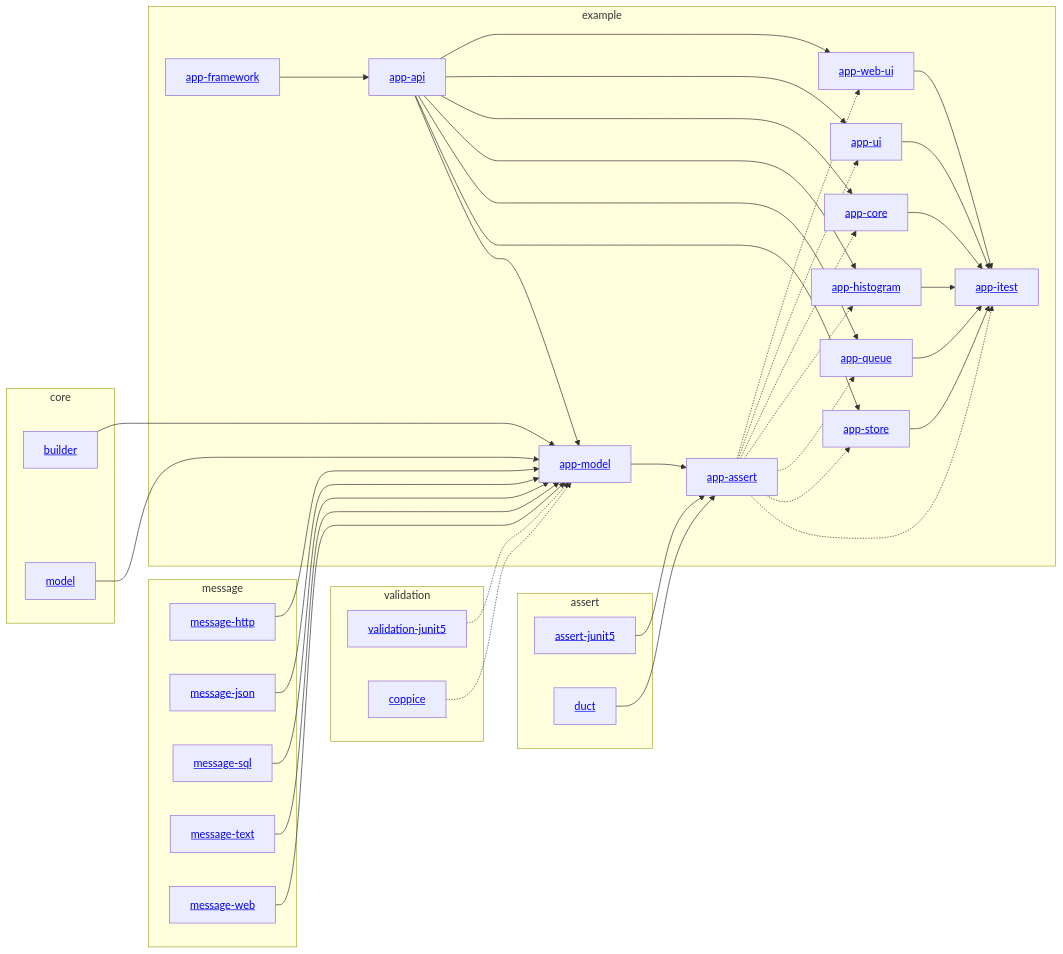
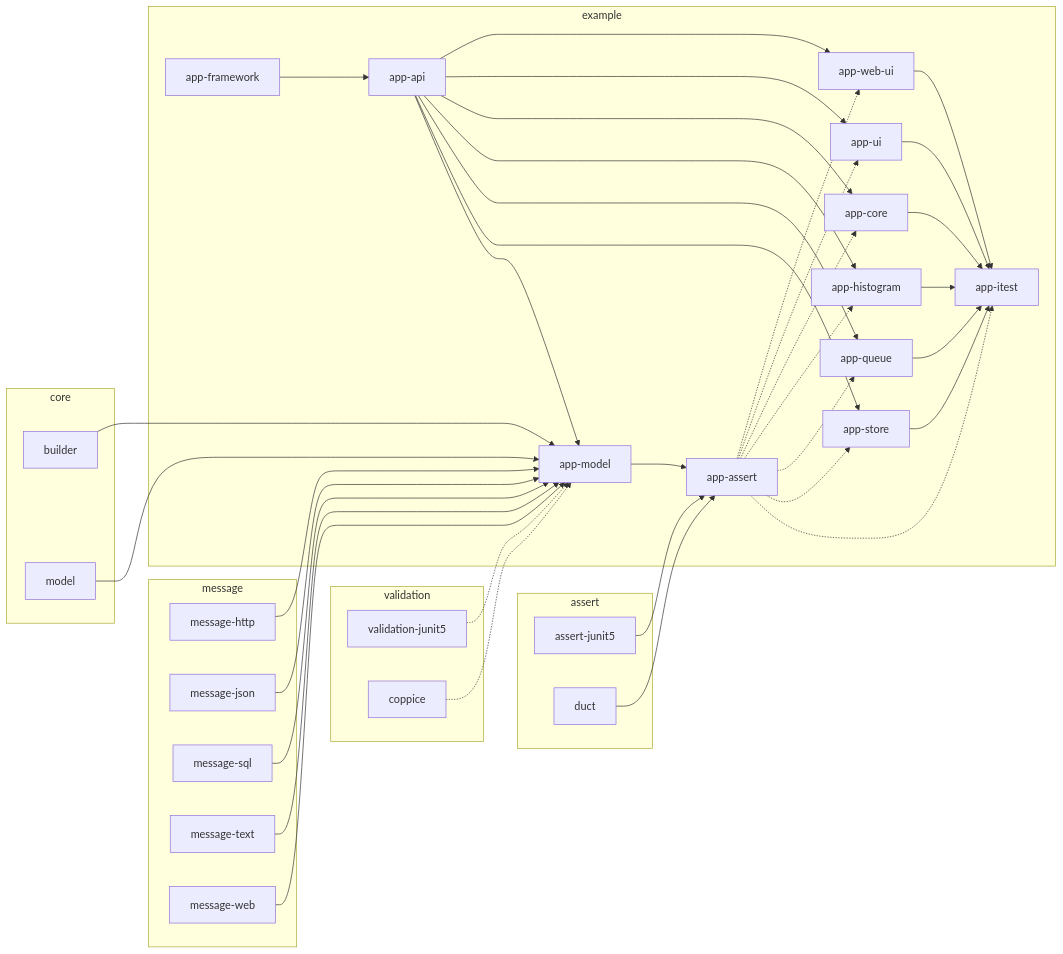
The second of 2 diagrams in example/README.md (Mastercard/flow), drawn with Mermaid before and after one commit. The commit also changed 2 other files, not shown here.

Commit message:
Removed mermaid links - github no longer renders them (#738)
removed mermaid links - github no longer renders them

````diff
--- a/example/README.md
+++ b/example/README.md
@@ -69,73 +69,73 @@
 ```mermaid
 graph LR
   subgraph core
-    builder[<a href='https://github.com/Mastercard/flow/tree/main/builder'>builder</a>]
-    model[<a href='https://github.com/Mastercard/flow/tree/main/model'>model</a>]
+    builder[builder]
+    model[model]
   end
   subgraph message
-    message-http[<a href='https://github.com/Mastercard/flow/tree/main/message/message-http'>message-http</a>]
-    message-json[<a href='https://github.com/Mastercard/flow/tree/main/message/message-json'>message-json</a>]
-    message-sql[<a href='https://github.com/Mastercard/flow/tree/main/message/message-sql'>message-sql</a>]
-    message-text[<a href='https://github.com/Mastercard/flow/tree/main/message/message-text'>message-text</a>]
-    message-web[<a href='https://github.com/Mastercard/flow/tree/main/message/message-web'>message-web</a>]
+    message-http[message-http]
+    message-json[message-json]
+    message-sql[message-sql]
+    message-text[message-text]
+    message-web[message-web]
   end
   subgraph validation
-    validation-junit5[<a href='https://github.com/Mastercard/flow/tree/main/validation/validation-junit5'>validation-junit5</a>]
-    coppice[<a href='https://github.com/Mastercard/flow/tree/main/validation/coppice'>coppice</a>]
+    validation-junit5[validation-junit5]
+    coppice[coppice]
   end
   subgraph assert
-    assert-junit5[<a href='https://github.com/Mastercard/flow/tree/main/assert/assert-junit5'>assert-junit5</a>]
-    duct[<a href='https://github.com/Mastercard/flow/tree/main/report/duct'>duct</a>]
+    assert-junit5[assert-junit5]
+    duct[duct]
   end
   subgraph example
-    app-api[<a href='https://github.com/Mastercard/flow/tree/main/example/app-api'>app-api</a>]
-    app-assert[<a href='https://github.com/Mastercard/flow/tree/main/example/app-assert'>app-assert</a>]
-    app-core[<a href='https://github.com/Mastercard/flow/tree/main/example/app-core'>app-core</a>]
-    app-framework[<a href='https://github.com/Mastercard/flow/tree/main/example/app-framework'>app-framework</a>]
-    app-histogram[<a href='https://github.com/Mastercard/flow/tree/main/example/app-histogram'>app-histogram</a>]
-    app-itest[<a href='https://github.com/Mastercard/flow/tree/main/example/app-itest'>app-itest</a>]
-    app-model[<a href='https://github.com/Mastercard/flow/tree/main/example/app-model'>app-model</a>]
-    app-queue[<a href='https://github.com/Mastercard/flow/tree/main/example/app-queue'>app-queue</a>]
-    app-store[<a href='https://github.com/Mastercard/flow/tree/main/example/app-store'>app-store</a>]
-    app-ui[<a href='https://github.com/Mastercard/flow/tree/main/example/app-ui'>app-ui</a>]
-    app-web-ui[<a href='https://github.com/Mastercard/flow/tree/main/example/app-web-ui'>app-web-ui</a>]
+    app-api[app-api]
+    app-assert[app-assert]
+    app-core[app-core]
+    app-framework[app-framework]
+    app-histogram[app-histogram]
+    app-itest[app-itest]
+    app-model[app-model]
+    app-queue[app-queue]
+    app-store[app-store]
+    app-ui[app-ui]
+    app-web-ui[app-web-ui]
   end
   app-api --> app-web-ui
   app-api --> app-ui
   app-api --> app-core
   app-api --> app-histogram
   app-api --> app-queue
   app-api --> app-store
   app-api --> app-model
   app-assert -.-> app-web-ui
   app-assert -.-> app-ui
   app-assert -.-> app-core
   app-assert -.-> app-histogram
   app-assert -.-> app-queue
   app-assert -.-> app-store
   app-assert -.-> app-itest
   app-core --> app-itest
   app-framework --> app-api
   app-histogram --> app-itest
   app-model --> app-assert
   app-queue --> app-itest
   app-store --> app-itest
   app-ui --> app-itest
   app-web-ui --> app-itest
   assert-junit5 --> app-assert
   builder --> app-model
   coppice -.-> app-model
   duct --> app-assert
   message-http --> app-model
   message-json --> app-model
   message-sql --> app-model
   message-text --> app-model
   message-web --> app-model
   model --> app-model
   validation-junit5 -.-> app-model
 
   %% keeps subgraphs positioned correctly
   core ~~~ message
   message ~~~ validation
   validation ~~~ assert
 ```
````
